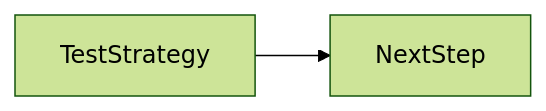
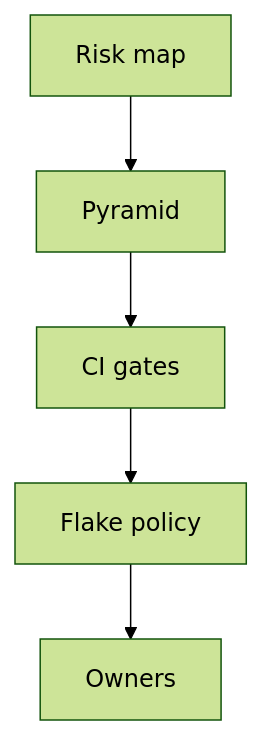
Before and after one commit to OmidJavaherii/Frontend-Engineering-Handbook: the second of 2 diagrams in docs/en/16-testing/test-strategy/index.md, drawn with Mermaid (forest theme). The commit also changed other lines of this file and 461 other files, not shown here.

````diff
--- a/docs/en/16-testing/test-strategy/index.md
+++ b/docs/en/16-testing/test-strategy/index.md
@@ -95,4 +112,7 @@
 ```mermaid
-flowchart LR
-  concept[TestStrategy] --> nextStep[NextStep]
+flowchart TD
+  Risk[Risk map] --> Pyramid
+  Pyramid --> CI[CI gates]
+  CI --> Flake[Flake policy]
+  Flake --> Owners
 ```
````
